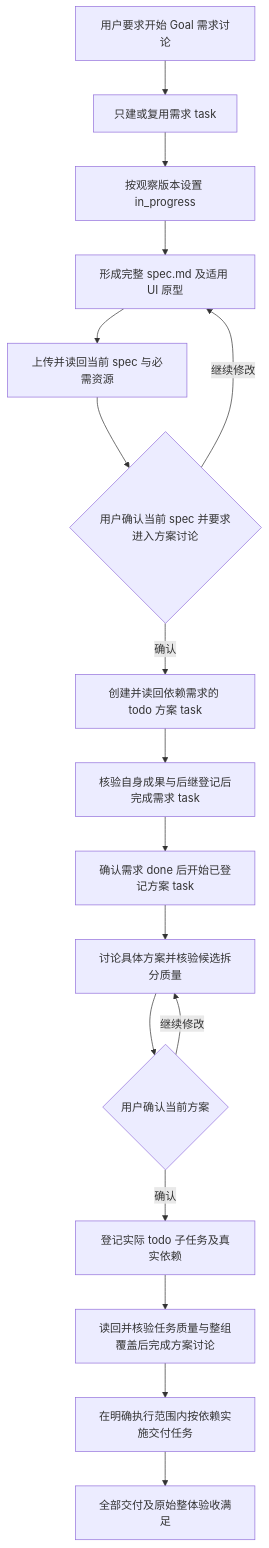
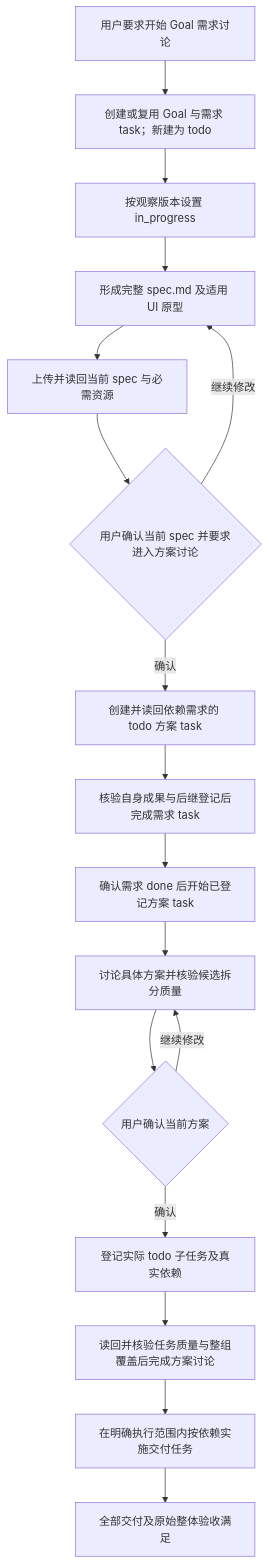
One commit to codetreker/daynight changed the diagram in docs/design/daynight-goal-workflow.md. Above: the diagram before and after it, drawn with Mermaid. The commit also changed other lines of this file and 18 other files, not shown here.

````diff
--- a/docs/design/daynight-goal-workflow.md
+++ b/docs/design/daynight-goal-workflow.md
@@ -28,19 +27,19 @@
 ```mermaid
 flowchart TD
-    A[用户要求开始 Goal 需求讨论] --> B[只建或复用需求 task]
+    A[用户要求开始 Goal 需求讨论] --> B[创建或复用 Goal 与需求 task；新建为 todo]
     B --> C[按观察版本设置 in_progress]
     C --> D[形成完整 spec.md 及适用 UI 原型]
     D --> R[上传并读回当前 spec 与必需资源]
     R --> E{用户确认当前 spec 并要求进入方案讨论}
     E -->|继续修改| D
     E -->|确认| N[创建并读回依赖需求的 todo 方案 task]
     N --> F[核验自身成果与后继登记后完成需求 task]
     F --> G[确认需求 done 后开始已登记方案 task]
     G --> H[讨论具体方案并核验候选拆分质量]
     H --> I{用户确认当前方案}
     I -->|继续修改| H
     I -->|确认| J[登记实际 todo 子任务及真实依赖]
     J --> K[读回并核验任务质量与整组覆盖后完成方案讨论]
     K --> L[在明确执行范围内按依赖实施交付任务]
     L --> M[全部交付及原始整体验收满足]
 ```
````
